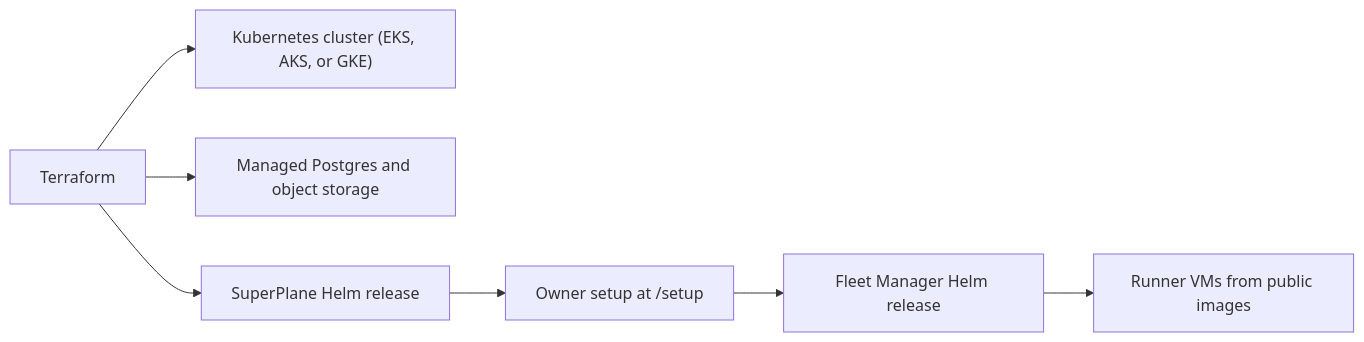
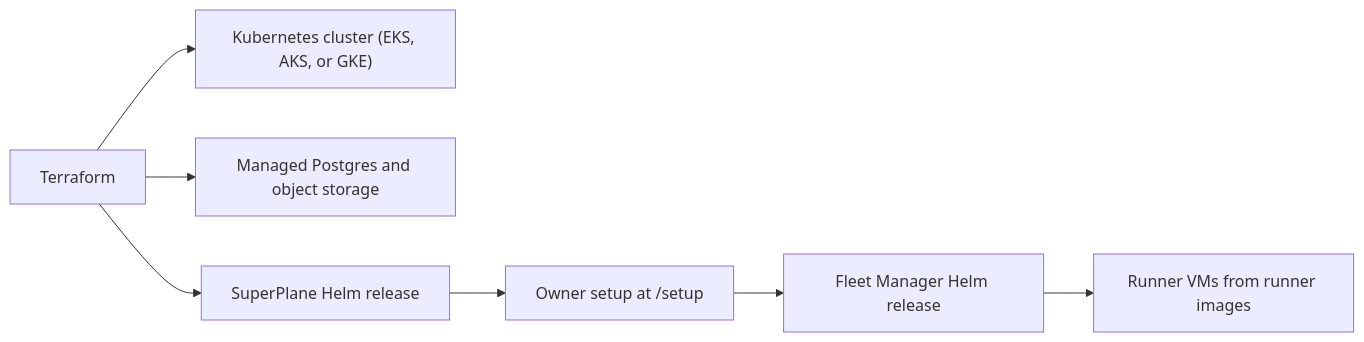
The diagram in src/content/docs/self-hosting/overview.mdx (superplanehq/docs), drawn with Mermaid before and after one commit. The commit also changed other lines of this file and 2 other files, not shown here.

Commit message:
docs: Build the GKE runner image before Terraform (#222)
The GKE stack now enables runners by default and stops the plan when
runner_image_amd64 is empty. The install guide told Google Cloud users
to leave the image empty and skip Fleet Manager, so that flow now fails.

Add the Packer build to the Google Cloud steps, set the image in
terraform.tfvars, and describe how to install without runners.

````diff
--- a/src/content/docs/self-hosting/overview.mdx
+++ b/src/content/docs/self-hosting/overview.mdx
@@ -10,9 +10,9 @@
 ```mermaid
 flowchart LR
   tf[Terraform] --> cluster["Kubernetes cluster (EKS, AKS, or GKE)"]
   tf --> data["Managed Postgres and object storage"]
   tf --> app["SuperPlane Helm release"]
   app --> setup["Owner setup at /setup"]
   setup --> fm["Fleet Manager Helm release"]
-  fm --> vms["Runner VMs from public images"]
+  fm --> vms["Runner VMs from runner images"]
 ```
````
